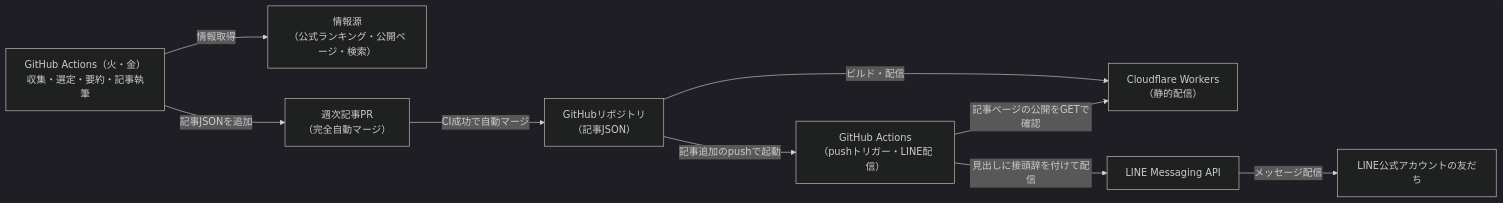
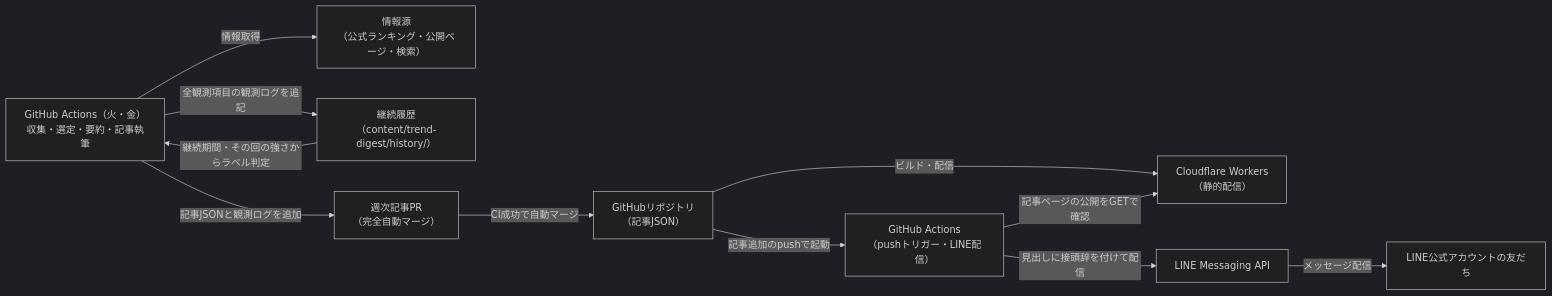
Before and after one commit to zakiyama0108/benriyatool: the third of 5 diagrams in specs/trend-digest/architecture.md, drawn with Mermaid (dark theme). The commit also changed other lines of this file and 21 other files, not shown here.

First line of the commit message:
spec(trend-digest): 全ジャンル必ず1件掲載へ変更し、継続度・注目度の2ラベルに簡素化 (#302)

````diff
--- a/specs/trend-digest/architecture.md
+++ b/specs/trend-digest/architecture.md
@@ -58,20 +65,23 @@
 ```mermaid
 flowchart LR
     weeklyRoutine["GitHub Actions（火・金）<br>収集・選定・要約・記事執筆"]
     sources["情報源<br>（公式ランキング・公開ページ・検索）"]
+    history["継続履歴<br>（content/trend-digest/history/）"]
     weeklyPR["週次記事PR<br>（完全自動マージ）"]
     repo["GitHubリポジトリ<br>（記事JSON）"]
     cf["Cloudflare Workers<br>（静的配信）"]
     broadcastRoutine["GitHub Actions<br>（pushトリガー・LINE配信）"]
     lineApi["LINE Messaging API"]
     lineFriends["LINE公式アカウントの友だち"]
 
     weeklyRoutine -->|情報取得| sources
-    weeklyRoutine -->|記事JSONを追加| weeklyPR
+    weeklyRoutine -->|全観測項目の観測ログを追記| history
+    history -->|継続期間・その回の強さからラベル判定| weeklyRoutine
+    weeklyRoutine -->|記事JSONと観測ログを追加| weeklyPR
     weeklyPR -->|CI成功で自動マージ| repo
     repo -->|ビルド・配信| cf
     repo -->|記事追加のpushで起動| broadcastRoutine
     broadcastRoutine -->|記事ページの公開をGETで確認| cf
     broadcastRoutine -->|見出しに接頭辞を付けて配信| lineApi
     lineApi -->|メッセージ配信| lineFriends
 ```
````
